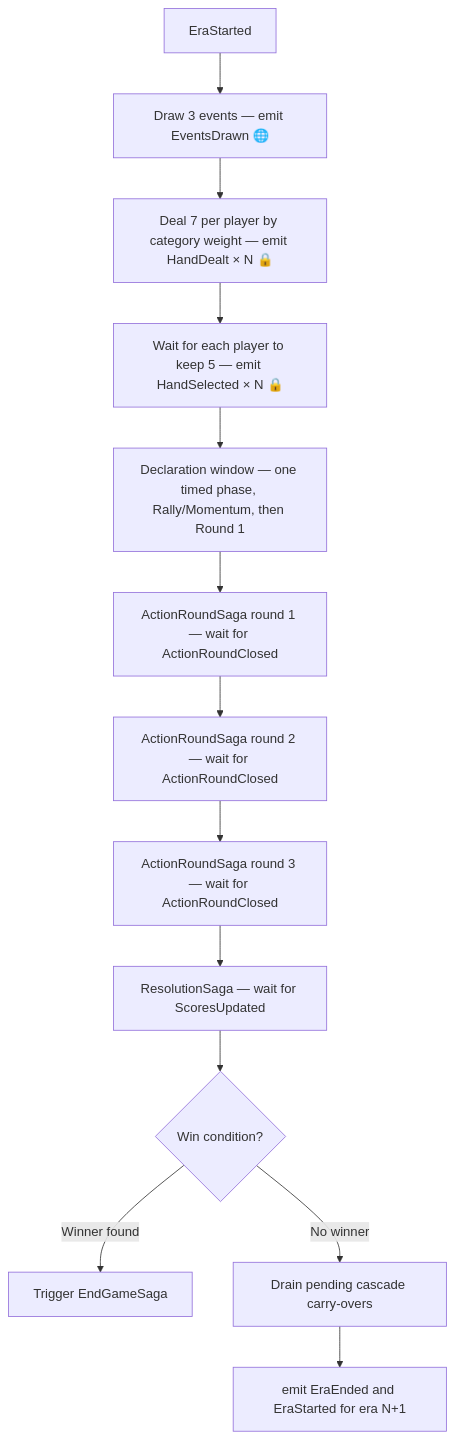
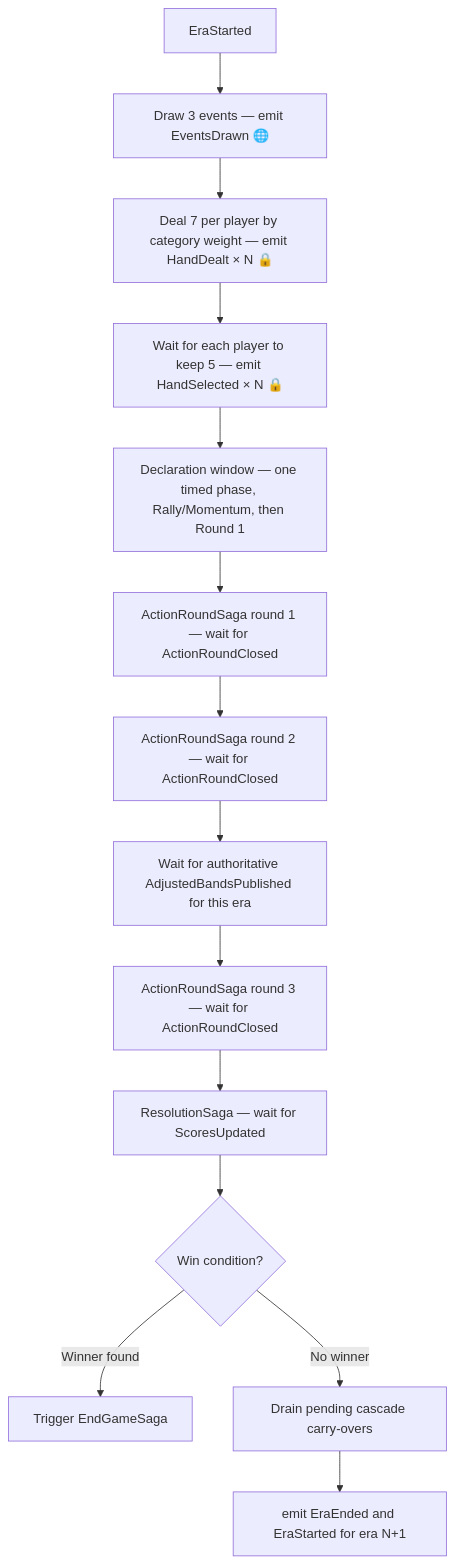
The diagram in sagas/era.mdx (temporal-rift/docs), drawn with Mermaid before and after one commit. The commit also changed other lines of this file and 2 other files, not shown here.

Commit message:
docs(sagas): describe authoritative band publication gate

````diff
--- a/sagas/era.mdx
+++ b/sagas/era.mdx
@@ -12,15 +12,16 @@
 ```mermaid
 flowchart TD
   A[EraStarted] --> B[Draw 3 events — emit EventsDrawn 🌐]
   B --> C[Deal 7 per player by category weight — emit HandDealt × N 🔒]
   C --> D[Wait for each player to keep 5 — emit HandSelected × N 🔒]
   D --> DW[Declaration window — one timed phase, Rally/Momentum, then Round 1]
   DW --> E[ActionRoundSaga round 1 — wait for ActionRoundClosed]
   E --> F[ActionRoundSaga round 2 — wait for ActionRoundClosed]
-  F --> G[ActionRoundSaga round 3 — wait for ActionRoundClosed]
+  F --> BP[Wait for authoritative AdjustedBandsPublished for this era]
+  BP --> G[ActionRoundSaga round 3 — wait for ActionRoundClosed]
   G --> H[ResolutionSaga — wait for ScoresUpdated]
   H --> I{Win condition?}
   I -->|Winner found| J[Trigger EndGameSaga]
   I -->|No winner| K[Drain pending cascade carry-overs]
   K --> L[emit EraEnded and EraStarted for era N+1]
 ```
````
